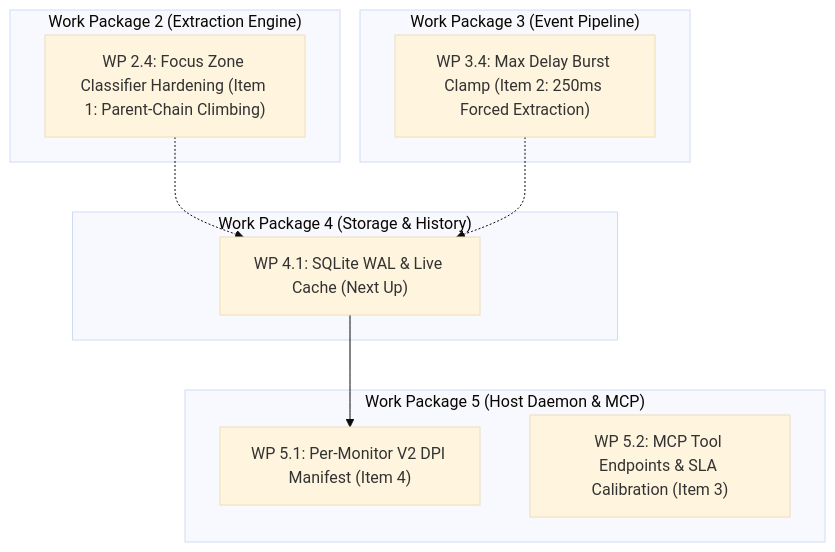
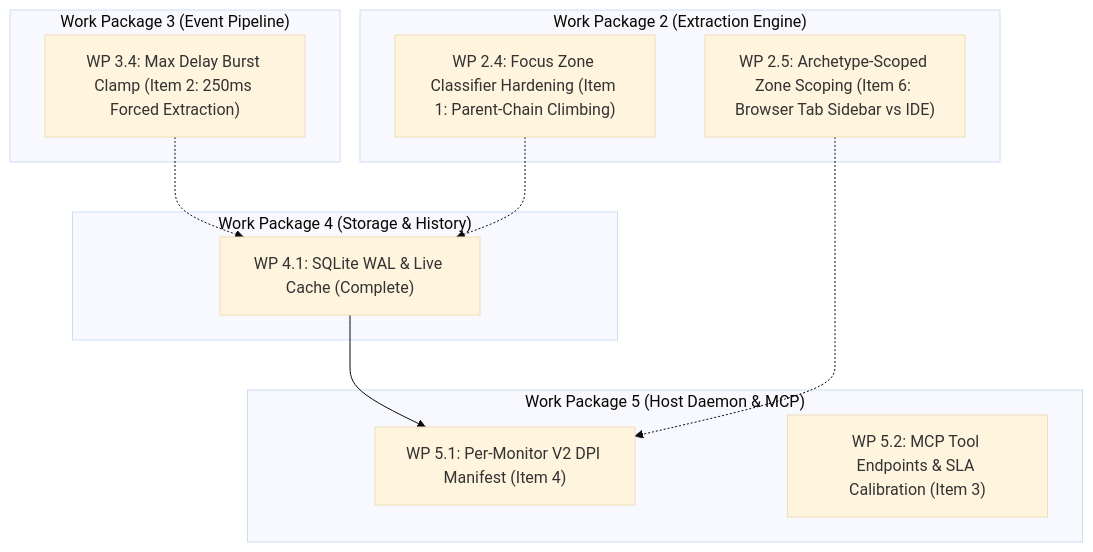
Before and after one commit to amirf147/active-desktop-context-engine: the diagram in docs/REVIEWER_OBSERVATIONS_AND_HARDENING_ROADMAP.md, drawn with Mermaid (base theme). The commit also changed other lines of this file and 6 other files, not shown here.

First line of the commit message:
docs(architecture): specify empirical stimulus test harness and calibrate milestone 4 postmortem

````diff
--- a/docs/REVIEWER_OBSERVATIONS_AND_HARDENING_ROADMAP.md
+++ b/docs/REVIEWER_OBSERVATIONS_AND_HARDENING_ROADMAP.md
@@ -124,23 +141,25 @@
 ```mermaid
 graph TD
     subgraph WP2["Work Package 2 (Extraction Engine)"]
         WP2_4["WP 2.4: Focus Zone Classifier Hardening (Item 1: Parent-Chain Climbing)"]
+        WP2_5["WP 2.5: Archetype-Scoped Zone Scoping (Item 6: Browser Tab Sidebar vs IDE)"]
     end
 
     subgraph WP3["Work Package 3 (Event Pipeline)"]
         WP3_4["WP 3.4: Max Delay Burst Clamp (Item 2: 250ms Forced Extraction)"]
     end
 
     subgraph WP4["Work Package 4 (Storage & History)"]
-        WP4_1["WP 4.1: SQLite WAL & Live Cache (Next Up)"]
+        WP4_1["WP 4.1: SQLite WAL & Live Cache (Complete)"]
     end
 
     subgraph WP5["Work Package 5 (Host Daemon & MCP)"]
         WP5_1["WP 5.1: Per-Monitor V2 DPI Manifest (Item 4)"]
         WP5_2["WP 5.2: MCP Tool Endpoints & SLA Calibration (Item 3)"]
     end
 
     WP4_1 --> WP5_1
     WP2_4 -.-> WP4_1
     WP3_4 -.-> WP4_1
+    WP2_5 -.-> WP5_1
 ```
````
